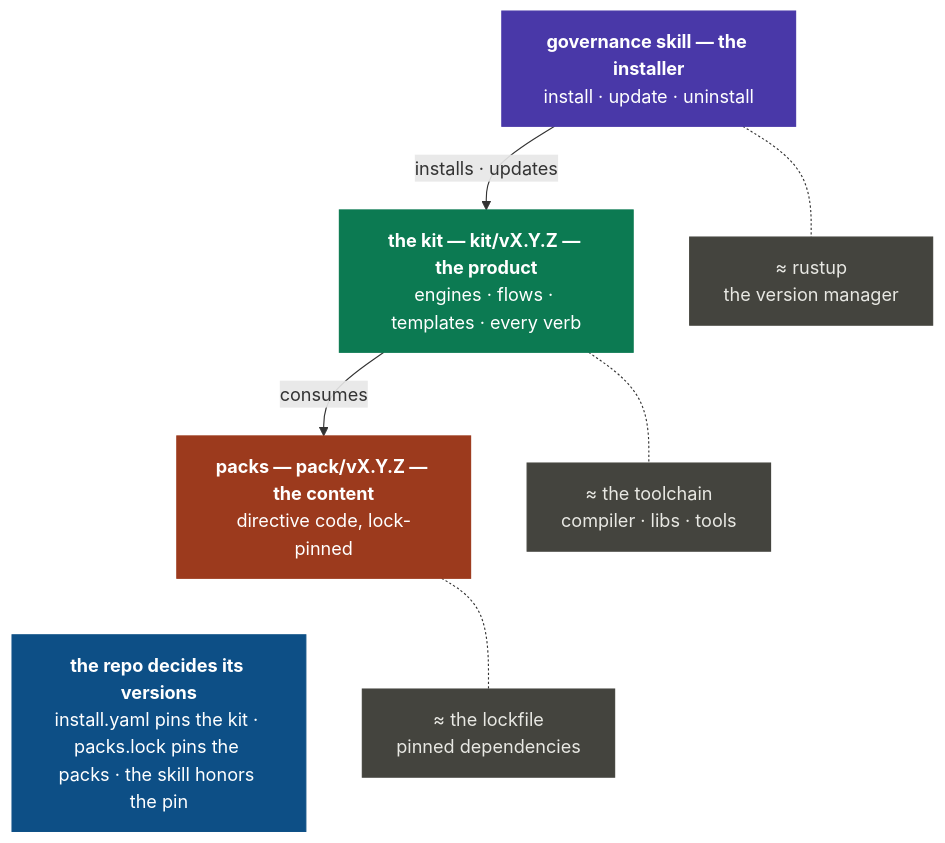
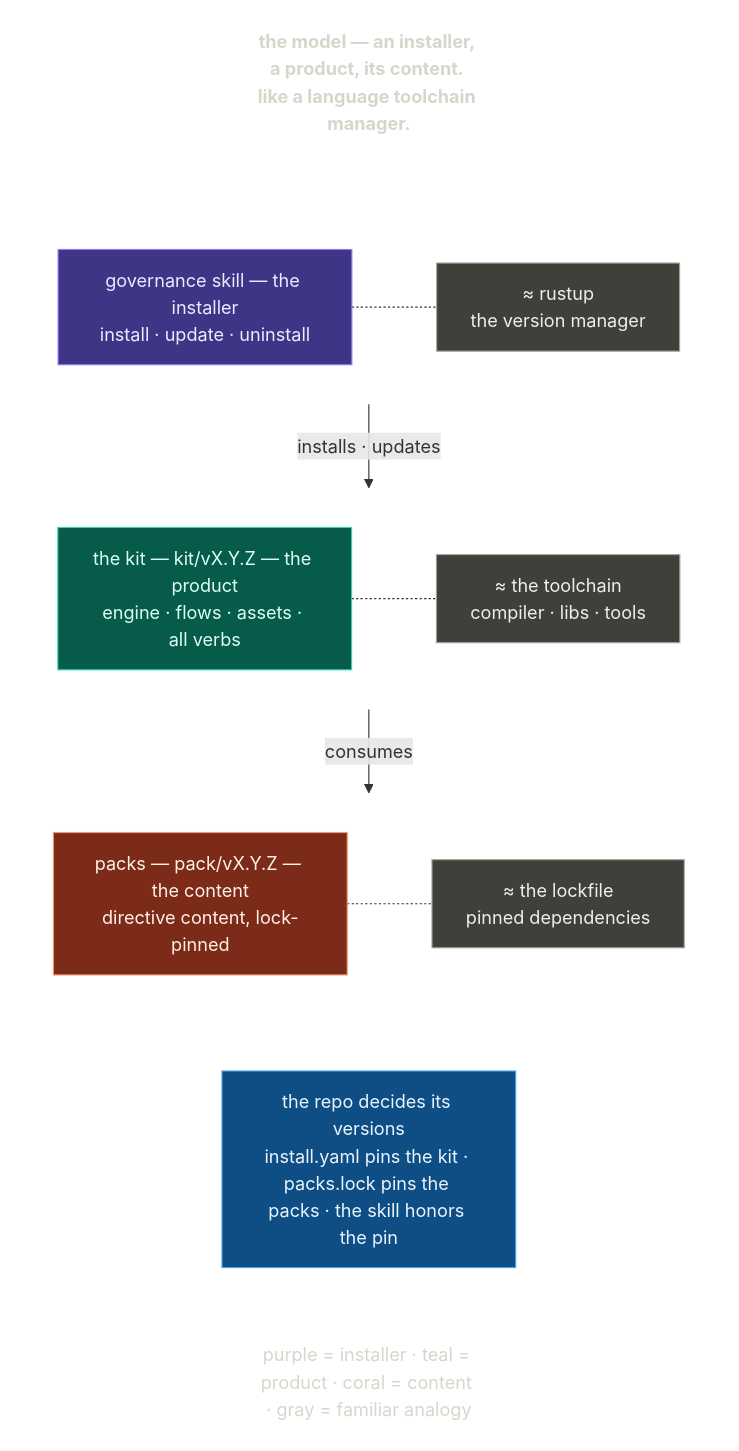
Before and after one commit to Duaility/governance-kit: the sixth of 6 diagrams in README.md, drawn with Mermaid. The commit also changed other lines of this file and 1 other file, not shown here.

````diff
--- a/README.md
+++ b/README.md
@@ -294,28 +385,53 @@
 ```mermaid
 flowchart TB
-    S["<b>governance skill — the installer</b><br/>install · update · uninstall"]
-    K["<b>the kit — kit/vX.Y.Z — the product</b><br/>engines · flows · templates · every verb"]
-    P["<b>packs — pack/vX.Y.Z — the content</b><br/>directive code, lock-pinned"]
-    PIN["<b>the repo decides its versions</b><br/>install.yaml pins the kit · packs.lock pins the packs · the skill honors the pin"]
-    RU["≈ rustup<br/>the version manager"]
-    TC["≈ the toolchain<br/>compiler · libs · tools"]
-    LF["≈ the lockfile<br/>pinned dependencies"]
+    T["the model — an installer, a product, its content. like a language toolchain manager."]
 
+    subgraph R1[" "]
+        direction LR
+        S["governance skill — the installer<br/>install · update · uninstall"]
+        RU["≈ rustup<br/>the version manager"]
+    end
+
+    subgraph R2[" "]
+        direction LR
+        K["the kit — kit/vX.Y.Z — the product<br/>engine · flows · assets · all verbs"]
+        TC["≈ the toolchain<br/>compiler · libs · tools"]
+    end
+
+    subgraph R3[" "]
+        direction LR
+        P["packs — pack/vX.Y.Z — the content<br/>directive content, lock-pinned"]
+        LF["≈ the lockfile<br/>pinned dependencies"]
+    end
+
+    PIN["the repo decides its versions<br/>install.yaml pins the kit · packs.lock pins the packs · the skill honors the pin"]
+    LEGEND["purple = installer · teal = product · coral = content · gray = familiar analogy"]
+
+    T ~~~ S
+    S -.- RU
     S -->|"installs · updates"| K
+    K -.- TC
     K -->|"consumes"| P
+    P -.- LF
     P ~~~ PIN
-    S -.- RU
-    K -.- TC
-    P -.- LF
+    LF ~~~ PIN
+    PIN ~~~ LEGEND
 
-    classDef installer fill:#4938a8,stroke:#4938a8,color:#ffffff
-    classDef product fill:#0c7a52,stroke:#0c7a52,color:#ffffff
-    classDef content fill:#9c3a1d,stroke:#9c3a1d,color:#ffffff
-    classDef analogy fill:#44443e,stroke:#44443e,color:#e8e8e3
-    classDef pin fill:#0d4f86,stroke:#0d4f86,color:#ffffff
+    style R1 fill:transparent,stroke:transparent
+    style R2 fill:transparent,stroke:transparent
+    style R3 fill:transparent,stroke:transparent
+    classDef title fill:transparent,stroke:transparent,color:#d8d5cb,font-weight:bold
+    classDef installer fill:#3f3586,stroke:#8b7ff0,color:#eeeaff
+    classDef product fill:#075b4a,stroke:#36d6af,color:#dcfff4
+    classDef content fill:#7b2b17,stroke:#ef9673,color:#fff0e8
+    classDef analogy fill:#3f403a,stroke:#a5a49b,color:#efeee8
+    classDef pin fill:#0e4e85,stroke:#5aa8e9,color:#e9f5ff
+    classDef legend fill:transparent,stroke:transparent,color:#d8d5cb
+    class T title
     class S installer
     class K product
     class P content
     class RU,TC,LF analogy
     class PIN pin
+    class LEGEND legend
 ```
````
